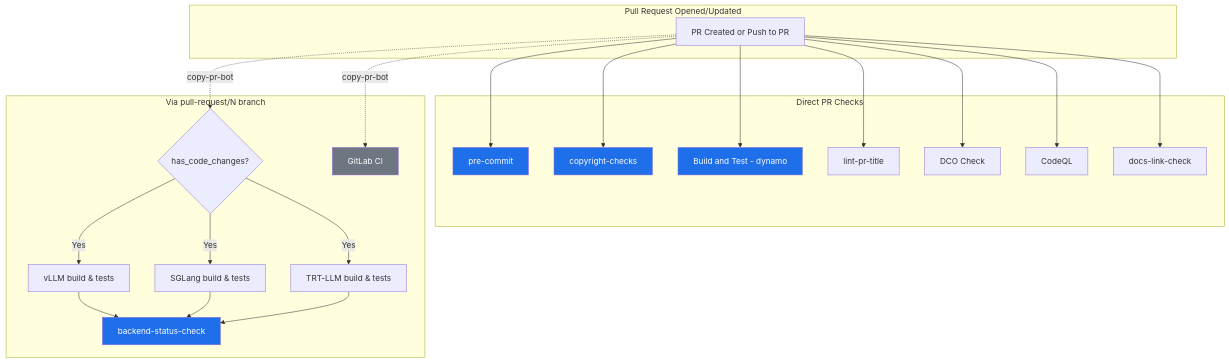
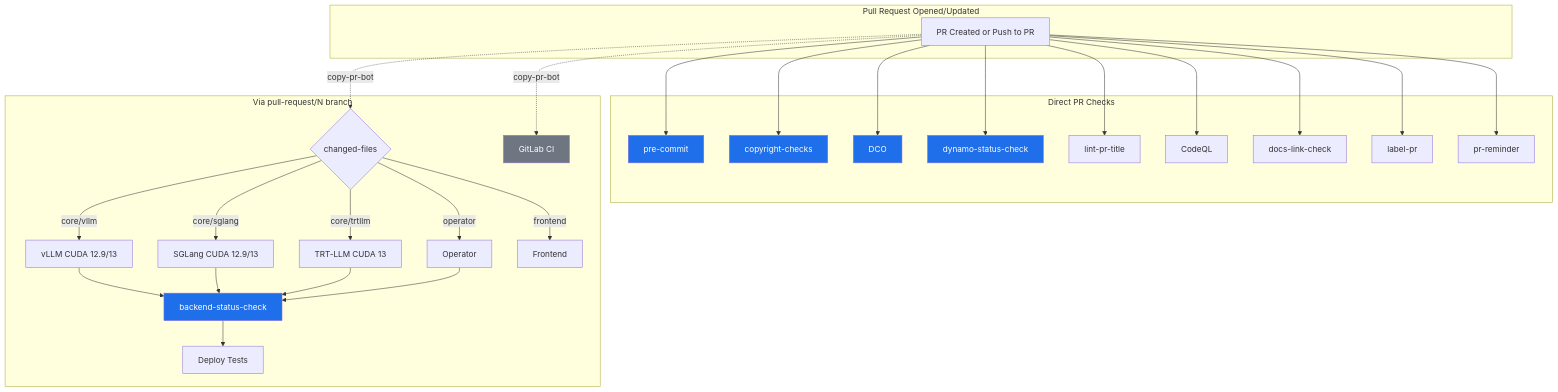
The second of 5 diagrams in .github/PR_WORKFLOW.md (ai-dynamo/dynamo), drawn with Mermaid before and after one commit. The commit also changed other lines of this file and 3 other files, not shown here.

````diff
--- a/.github/PR_WORKFLOW.md
+++ b/.github/PR_WORKFLOW.md
@@ -31,36 +32,47 @@
 ```mermaid
 flowchart TD
     subgraph PR["Pull Request Opened/Updated"]
         A[PR Created or Push to PR]
     end
 
     subgraph Direct["Direct PR Checks"]
         B[pre-commit]
         C[copyright-checks]
-        I[Build and Test - dynamo]
+        E[DCO]
+        I[dynamo-status-check]
         D[lint-pr-title]
-        E[DCO Check]
         F[CodeQL]
         G[docs-link-check]
+        P[label-pr]
+        Q[pr-reminder]
     end
 
     subgraph CopyPR["Via pull-request/N branch"]
-        H{has_code_changes?}
-        J[vLLM build & tests]
-        K[SGLang build & tests]
-        L[TRT-LLM build & tests]
+        H{changed-files}
+        J[vLLM CUDA 12.9/13]
+        K[SGLang CUDA 12.9/13]
+        L[TRT-LLM CUDA 13]
+        O[Operator]
+        R[Frontend]
         M[backend-status-check]
+        S[Deploy Tests]
         N[GitLab CI]
     end
 
-    A --> B & C & I & D & E & F & G
+    A --> B & C & I & D & E & F & G & P & Q
     A -.->|copy-pr-bot| H & N
-    H -->|Yes| J & K & L
-    J & K & L --> M
+    H -->|core/vllm| J
+    H -->|core/sglang| K
+    H -->|core/trtllm| L
+    H -->|operator| O
+    H -->|frontend| R
+    J & K & L & O --> M
+    M --> S
 
     style B fill:#1f6feb,color:#fff
     style C fill:#1f6feb,color:#fff
+    style E fill:#1f6feb,color:#fff
     style I fill:#1f6feb,color:#fff
     style M fill:#1f6feb,color:#fff
     style N fill:#6e7681,color:#fff
 ```
````
